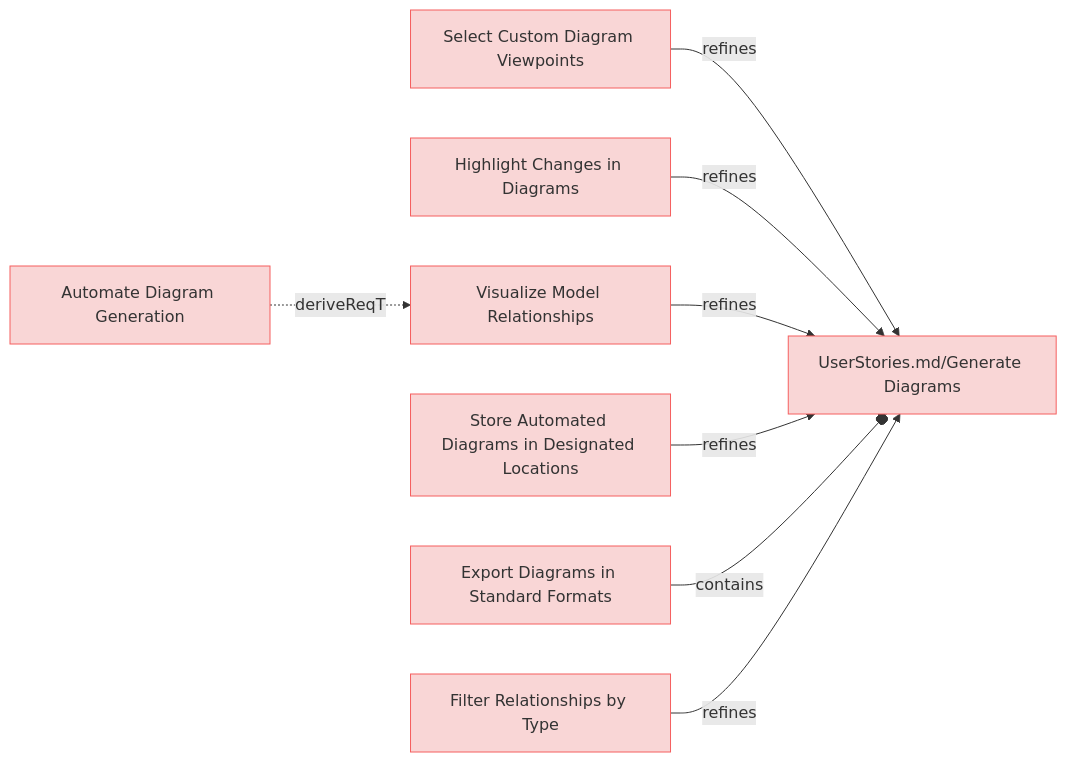
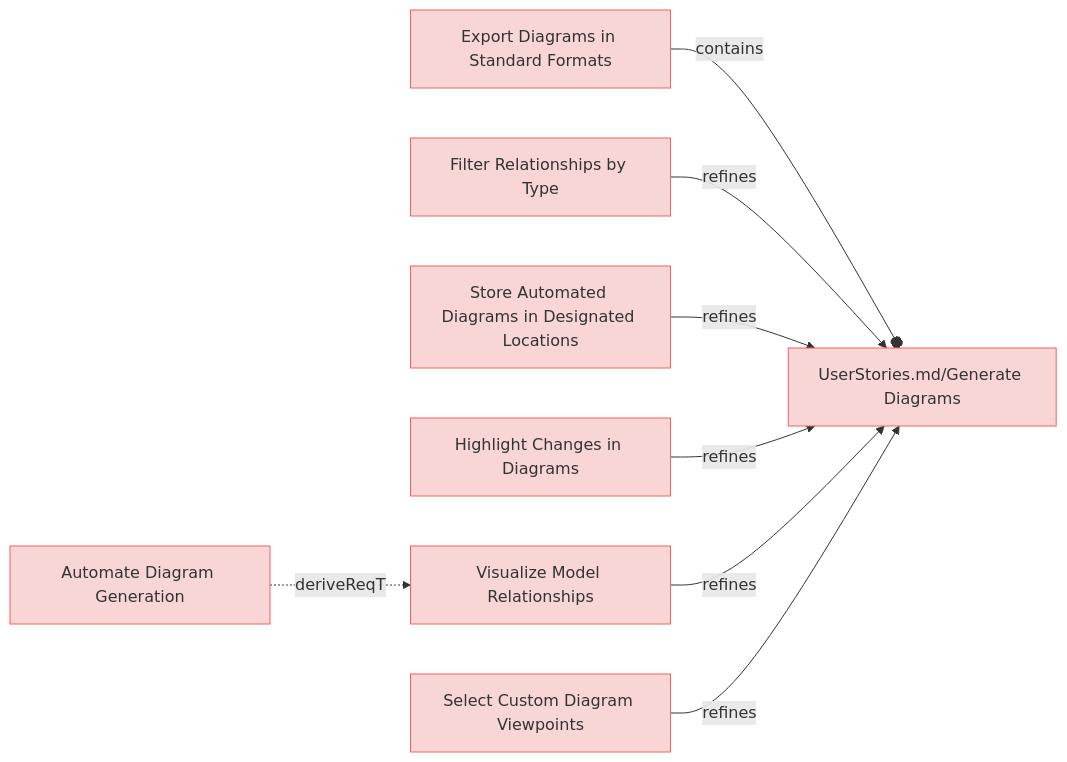
One commit to reqvire-org/reqvire changed the first of 9 diagrams in specifications/UserRequirements.md. Above: the diagram before and after it, drawn with Mermaid. The commit also changed other lines of this file and 16 other files, not shown here.

````diff
--- a/specifications/UserRequirements.md
+++ b/specifications/UserRequirements.md
@@ -4,40 +4,40 @@
 ```mermaid
 graph LR;
   %% Graph styling
   classDef requirement fill:#f9d6d6,stroke:#f55f5f,stroke-width:1px;
   classDef verification fill:#d6f9d6,stroke:#5fd75f,stroke-width:1px;
   classDef externalLink fill:#d0e0ff,stroke:#3080ff,stroke-width:1px;
   classDef default fill:#f5f5f5,stroke:#333333,stroke-width:1px;
 
-  aa6a73dcebdfbc0d["Select Custom Diagram Viewpoints"];
-  click aa6a73dcebdfbc0d "https://github.com/Reqvire/reqvire/blob/b8c43d2689b933838bf1838d8a4cdf3393c9014f/specifications/UserRequirements.md#select-custom-diagram-viewpoints";
-  class aa6a73dcebdfbc0d requirement;
+  a0274ca0625d8493["Export Diagrams in Standard Formats"];
+  click a0274ca0625d8493 "https://github.com/Reqvire/reqvire/blob/92e82ef235559b4819fd85d700024b79b452d8e3/specifications/UserRequirements.md#export-diagrams-in-standard-formats";
+  class a0274ca0625d8493 requirement;
   694c4bb24b10f0c7["UserStories.md/Generate Diagrams"];
   class 694c4bb24b10f0c7 requirement;
-  click 694c4bb24b10f0c7 "https://github.com/Reqvire/reqvire/blob/b8c43d2689b933838bf1838d8a4cdf3393c9014f/specifications/UserStories.md#generate-diagrams";
-  aa6a73dcebdfbc0d -->|refines| 694c4bb24b10f0c7;
+  click 694c4bb24b10f0c7 "https://github.com/Reqvire/reqvire/blob/92e82ef235559b4819fd85d700024b79b452d8e3/specifications/UserStories.md#generate-diagrams";
+  a0274ca0625d8493 --o|contains| 694c4bb24b10f0c7;
+  66e9d8186acafd13["Filter Relationships by Type"];
+  click 66e9d8186acafd13 "https://github.com/Reqvire/reqvire/blob/92e82ef235559b4819fd85d700024b79b452d8e3/specifications/UserRequirements.md#filter-relationships-by-type";
+  class 66e9d8186acafd13 requirement;
+  66e9d8186acafd13 -->|refines| 694c4bb24b10f0c7;
+  89097c1311055b72["Store Automated Diagrams in Designated Locations"];
+  click 89097c1311055b72 "https://github.com/Reqvire/reqvire/blob/92e82ef235559b4819fd85d700024b79b452d8e3/specifications/UserRequirements.md#store-automated-diagrams-in-designated-locations";
+  class 89097c1311055b72 requirement;
+  89097c1311055b72 -->|refines| 694c4bb24b10f0c7;
   ac914f743d73674e["Highlight Changes in Diagrams"];
-  click ac914f743d73674e "https://github.com/Reqvire/reqvire/blob/b8c43d2689b933838bf1838d8a4cdf3393c9014f/specifications/UserRequirements.md#highlight-changes-in-diagrams";
+  click ac914f743d73674e "https://github.com/Reqvire/reqvire/blob/92e82ef235559b4819fd85d700024b79b452d8e3/specifications/UserRequirements.md#highlight-changes-in-diagrams";
   class ac914f743d73674e requirement;
   ac914f743d73674e -->|refines| 694c4bb24b10f0c7;
   c522cf4c404bdc24["Automate Diagram Generation"];
-  click c522cf4c404bdc24 "https://github.com/Reqvire/reqvire/blob/b8c43d2689b933838bf1838d8a4cdf3393c9014f/specifications/UserRequirements.md#automate-diagram-generation";
+  click c522cf4c404bdc24 "https://github.com/Reqvire/reqvire/blob/92e82ef235559b4819fd85d700024b79b452d8e3/specifications/UserRequirements.md#automate-diagram-generation";
   class c522cf4c404bdc24 requirement;
   eed0b020b6ddeae1["Visualize Model Relationships"];
   class eed0b020b6ddeae1 requirement;
-  click eed0b020b6ddeae1 "https://github.com/Reqvire/reqvire/blob/b8c43d2689b933838bf1838d8a4cdf3393c9014f/specifications/UserRequirements.md#visualize-model-relationships";
+  click eed0b020b6ddeae1 "https://github.com/Reqvire/reqvire/blob/92e82ef235559b4819fd85d700024b79b452d8e3/specifications/UserRequirements.md#visualize-model-relationships";
   c522cf4c404bdc24 -.->|deriveReqT| eed0b020b6ddeae1;
   eed0b020b6ddeae1 -->|refines| 694c4bb24b10f0c7;
-  89097c1311055b72["Store Automated Diagrams in Designated Locations"];
-  click 89097c1311055b72 "https://github.com/Reqvire/reqvire/blob/b8c43d2689b933838bf1838d8a4cdf3393c9014f/specifications/UserRequirements.md#store-automated-diagrams-in-designated-locations";
-  class 89097c1311055b72 requirement;
-  89097c1311055b72 -->|refines| 694c4bb24b10f0c7;
-  a0274ca0625d8493["Export Diagrams in Standard Formats"];
-  click a0274ca0625d8493 "https://github.com/Reqvire/reqvire/blob/b8c43d2689b933838bf1838d8a4cdf3393c9014f/specifications/UserRequirements.md#export-diagrams-in-standard-formats";
-  class a0274ca0625d8493 requirement;
-  a0274ca0625d8493 --o|contains| 694c4bb24b10f0c7;
-  66e9d8186acafd13["Filter Relationships by Type"];
-  click 66e9d8186acafd13 "https://github.com/Reqvire/reqvire/blob/b8c43d2689b933838bf1838d8a4cdf3393c9014f/specifications/UserRequirements.md#filter-relationships-by-type";
-  class 66e9d8186acafd13 requirement;
-  66e9d8186acafd13 -->|refines| 694c4bb24b10f0c7;
+  aa6a73dcebdfbc0d["Select Custom Diagram Viewpoints"];
+  click aa6a73dcebdfbc0d "https://github.com/Reqvire/reqvire/blob/92e82ef235559b4819fd85d700024b79b452d8e3/specifications/UserRequirements.md#select-custom-diagram-viewpoints";
+  class aa6a73dcebdfbc0d requirement;
+  aa6a73dcebdfbc0d -->|refines| 694c4bb24b10f0c7;
 ```
````
